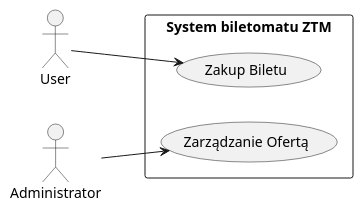
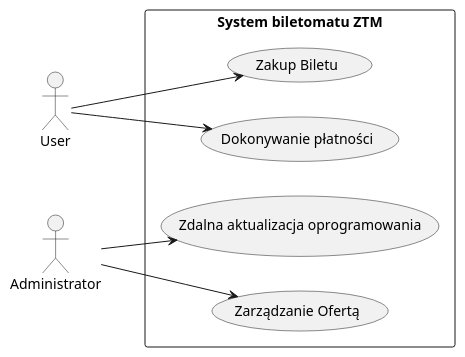
The diagram in diagram_usecase.puml (kamildobkowski/MWO), drawn with PlantUML before and after one commit.

```diff
--- a/diagram_usecase.puml
+++ b/diagram_usecase.puml
@@ -1,11 +1,13 @@
 @startuml
 left to right direction
 
 actor User
 actor Administrator
 
 rectangle "System biletomatu ZTM" {
 User --> (Zakup Biletu)
+User --> (Dokonywanie płatności)
+Administrator --> (Zdalna aktualizacja oprogramowania)
 Administrator --> (Zarządzanie Ofertą)
 }
 @enduml
```
